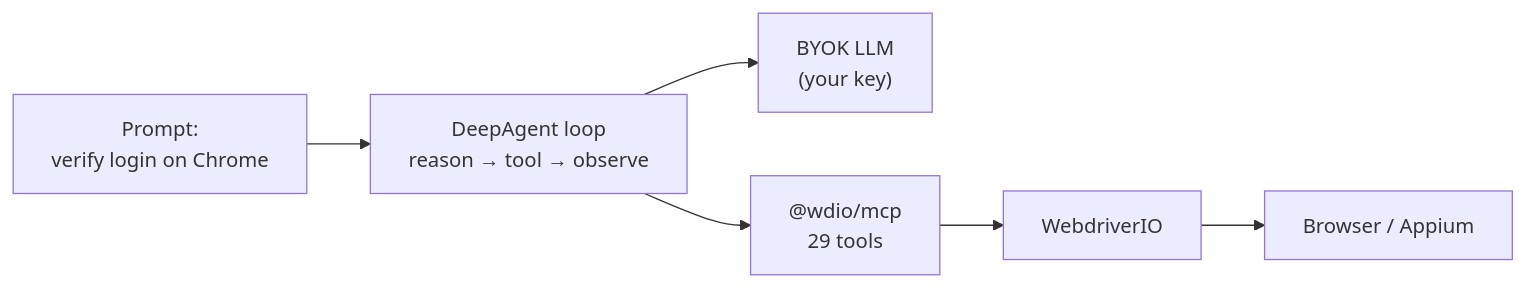
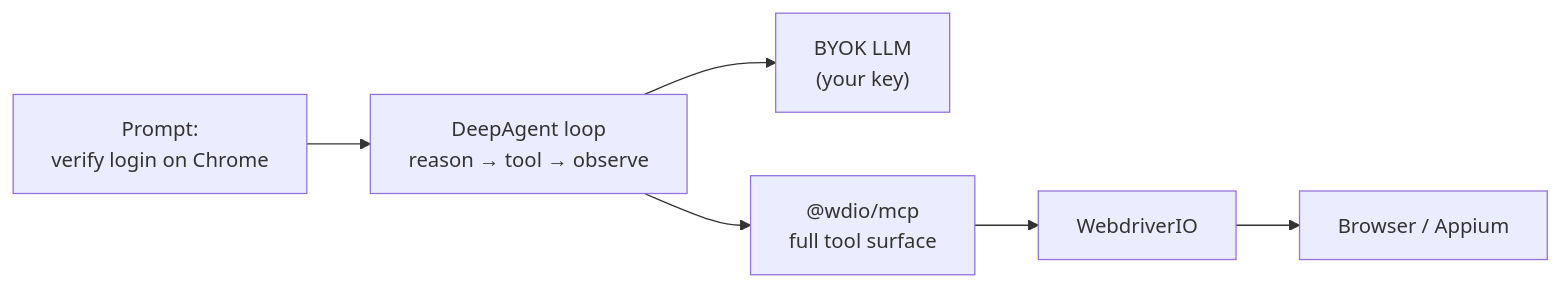
The diagram in website/blog/2026-09-15-harnessing-webdriverio-with-langchain.md (webdriverio/webdriverio), drawn with Mermaid before and after one commit. The commit also changed other lines of this file and 13 other files, not shown here.

````diff
--- a/website/blog/2026-09-15-harnessing-webdriverio-with-langchain.md
+++ b/website/blog/2026-09-15-harnessing-webdriverio-with-langchain.md
@@ -20,8 +20,8 @@
 ```mermaid
 flowchart LR
     P["Prompt:<br />verify login on Chrome"] --> L["DeepAgent loop<br />reason → tool → observe"]
     L --> M["BYOK LLM<br />(your key)"]
-    L --> T["@wdio/mcp<br />29 tools"]
+    L --> T["@wdio/mcp<br />full tool surface"]
     T --> W["WebdriverIO"]
     W --> B["Browser / Appium"]
 ```
````
